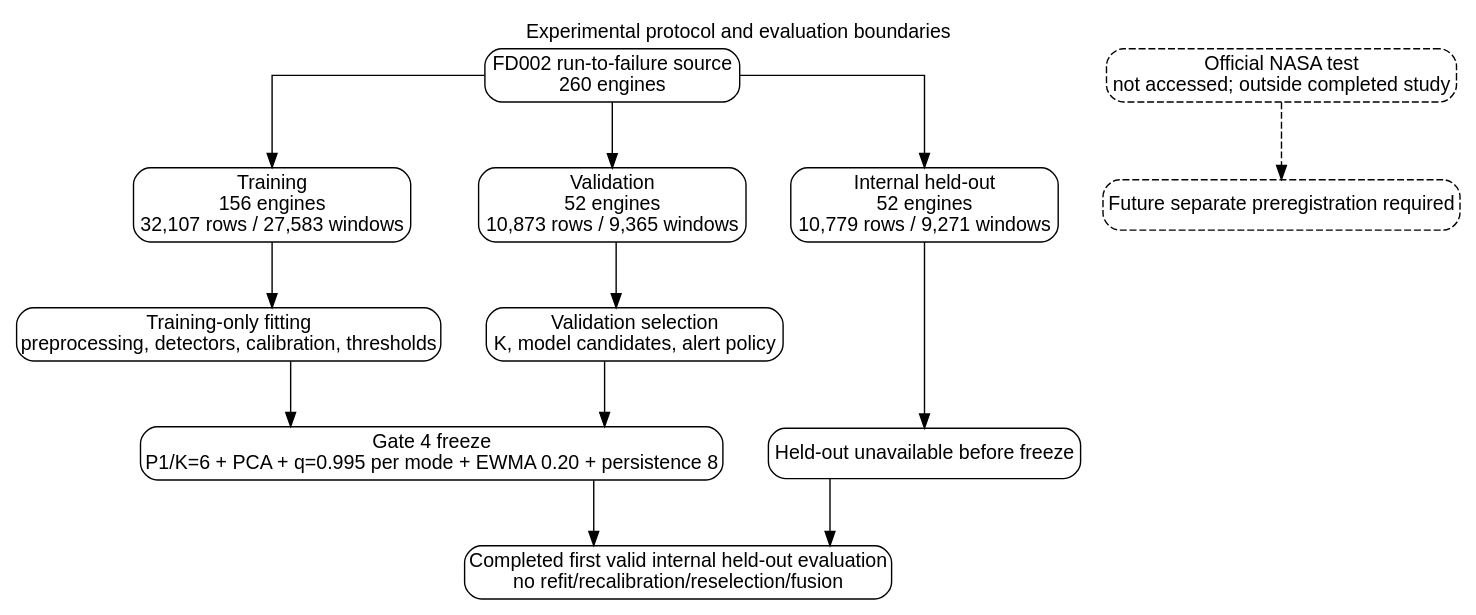
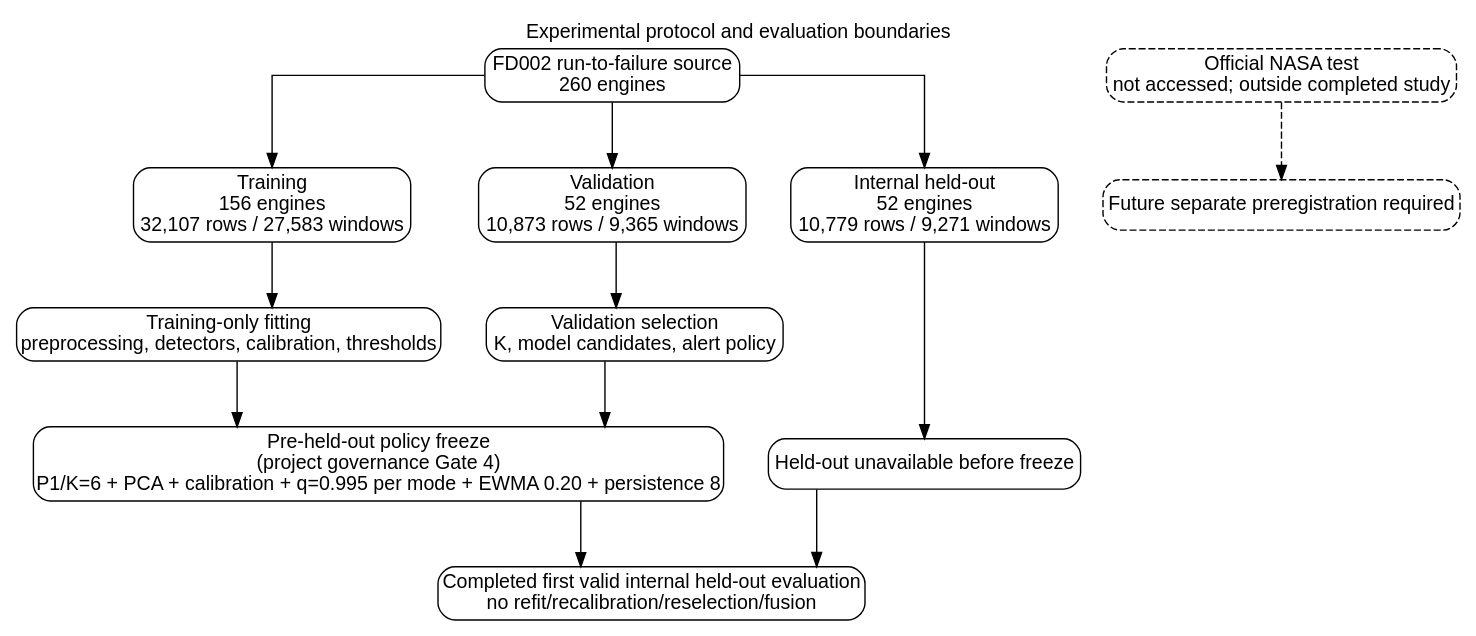
Before and after one commit to shira0123/turbofan-anomaly: the diagram in docs/manuscript/v1/figure_sources/experimental_protocol.dot, drawn with Graphviz. The commit also changed 21 other files, not shown here.

```diff
--- a/docs/manuscript/v1/figure_sources/experimental_protocol.dot
+++ b/docs/manuscript/v1/figure_sources/experimental_protocol.dot
@@ -1,27 +1,27 @@
 digraph ExperimentalProtocol {
   graph [rankdir=TB, splines=ortho, nodesep=0.45, ranksep=0.65, fontname="Arial", label="Experimental protocol and evaluation boundaries", labelloc=t];
   node [shape=box, style="rounded", fontname="Arial"];
   edge [fontname="Arial"];
   source [label="FD002 run-to-failure source\n260 engines"];
   train [label="Training\n156 engines\n32,107 rows / 27,583 windows"];
   validation [label="Validation\n52 engines\n10,873 rows / 9,365 windows"];
   heldout [label="Internal held-out\n52 engines\n10,779 rows / 9,271 windows"];
   source -> train;
   source -> validation;
   source -> heldout;
   fit [label="Training-only fitting\npreprocessing, detectors, calibration, thresholds"];
   select [label="Validation selection\nK, model candidates, alert policy"];
   boundary [label="Held-out unavailable before freeze"];
   train -> fit;
   validation -> select;
   heldout -> boundary;
-  freeze [label="Gate 4 freeze\nP1/K=6 + PCA + q=0.995 per mode + EWMA 0.20 + persistence 8"];
+  freeze [label="Pre-held-out policy freeze\n(project governance Gate 4)\nP1/K=6 + PCA + calibration + q=0.995 per mode + EWMA 0.20 + persistence 8"];
   fit -> freeze;
   select -> freeze;
   confirm [label="Completed first valid internal held-out evaluation\nno refit/recalibration/reselection/fusion"];
   freeze -> confirm;
   boundary -> confirm;
   official [label="Official NASA test\nnot accessed; outside completed study", style="rounded,dashed"];
   future [label="Future separate preregistration required", style="rounded,dashed"];
   official -> future [style=dashed];
 }
```
